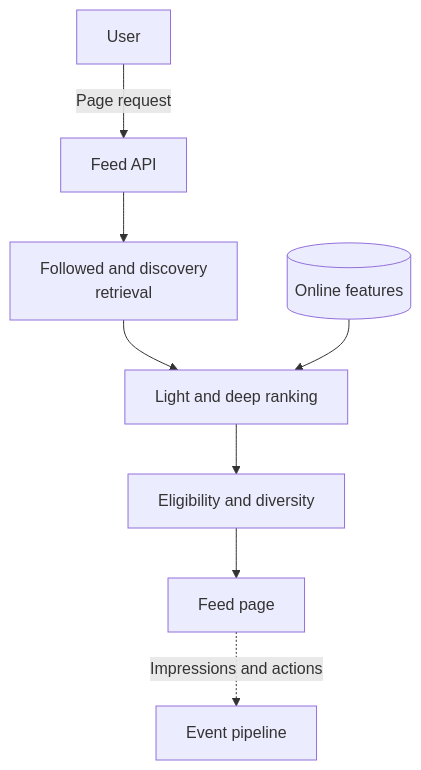
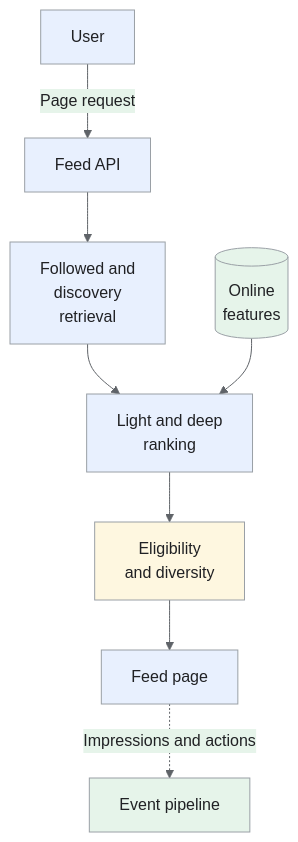
The first of 7 diagrams in _designs/news-feed-ranking.md (iliazlobin/iliazlobin.github.io), drawn with Mermaid before and after one commit. The commit also changed other lines of this file and 131 other files, not shown here.

````diff
--- a/_designs/news-feed-ranking.md
+++ b/_designs/news-feed-ranking.md
@@ -125,10 +129,18 @@
 ```mermaid
+%%{init: {'theme':'base','themeVariables':{'primaryColor':'#e8f0fe','primaryTextColor':'#202124','primaryBorderColor':'#9aa0a6','lineColor':'#5f6368','secondaryColor':'#e6f4ea','tertiaryColor':'#fef7e0','actorBkg':'#e8f0fe','actorBorder':'#9aa0a6','actorTextColor':'#202124','noteBkgColor':'#fef7e0','noteTextColor':'#202124','noteBorderColor':'#9aa0a6','signalColor':'#5f6368','signalTextColor':'#202124','labelBoxBkgColor':'#fef7e0','labelBoxBorderColor':'#9aa0a6'}}}%%
 flowchart TB
     U["User"] -->|"Page request"| API["Feed API"]
-    API --> RET["Followed and discovery<br>retrieval"]
-    RET --> RANK["Light and deep ranking"]
-    RANK --> POLICY["Eligibility and diversity"]
+    API --> RET["Followed and<br>discovery<br>retrieval"]
+    RET --> RANK["Light and deep<br>ranking"]
+    RANK --> POLICY["Eligibility<br>and diversity"]
     POLICY --> OUT["Feed page"]
-    FS[("Online features")] --> RANK
+    FS[("Online<br>features")] --> RANK
     OUT -.->|"Impressions and actions"| LOG["Event pipeline"]
+classDef request fill:#e8f0fe,stroke:#9aa0a6,color:#202124;
+classDef data fill:#e6f4ea,stroke:#9aa0a6,color:#202124;
+classDef control fill:#fef7e0,stroke:#9aa0a6,color:#202124;
+class U,API,RET,RANK,OUT request;
+class FS,LOG data;
+class POLICY control;
+
 ```
````
